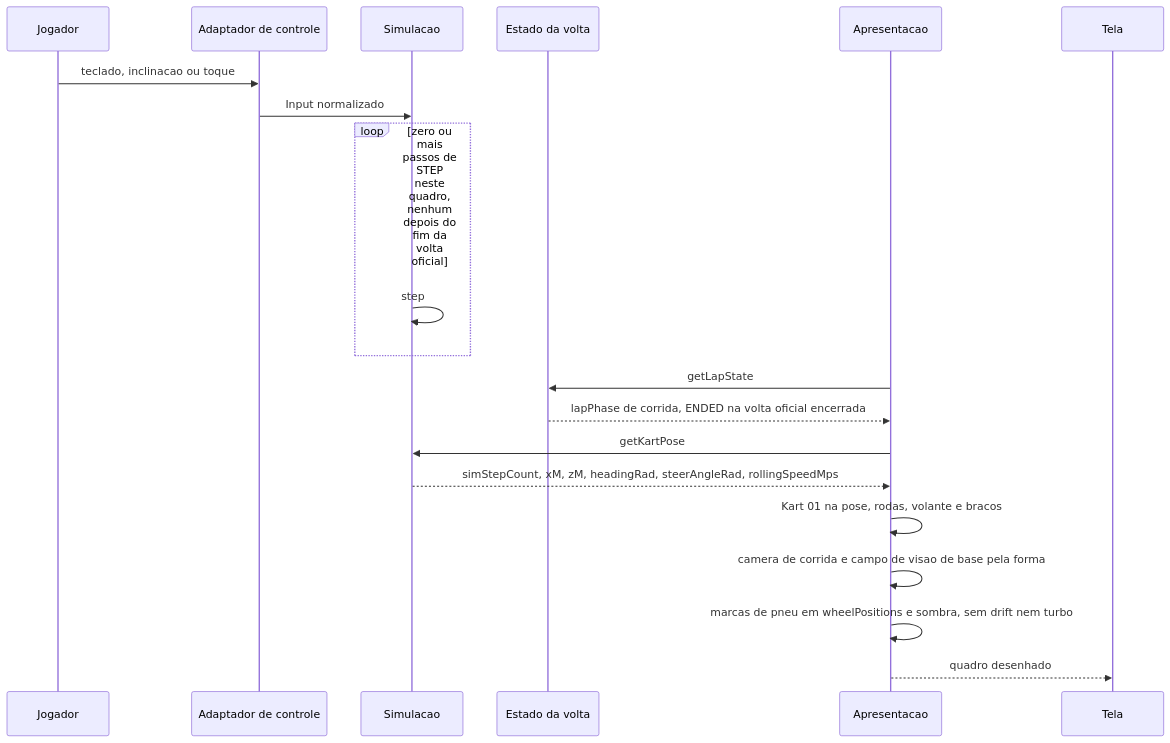
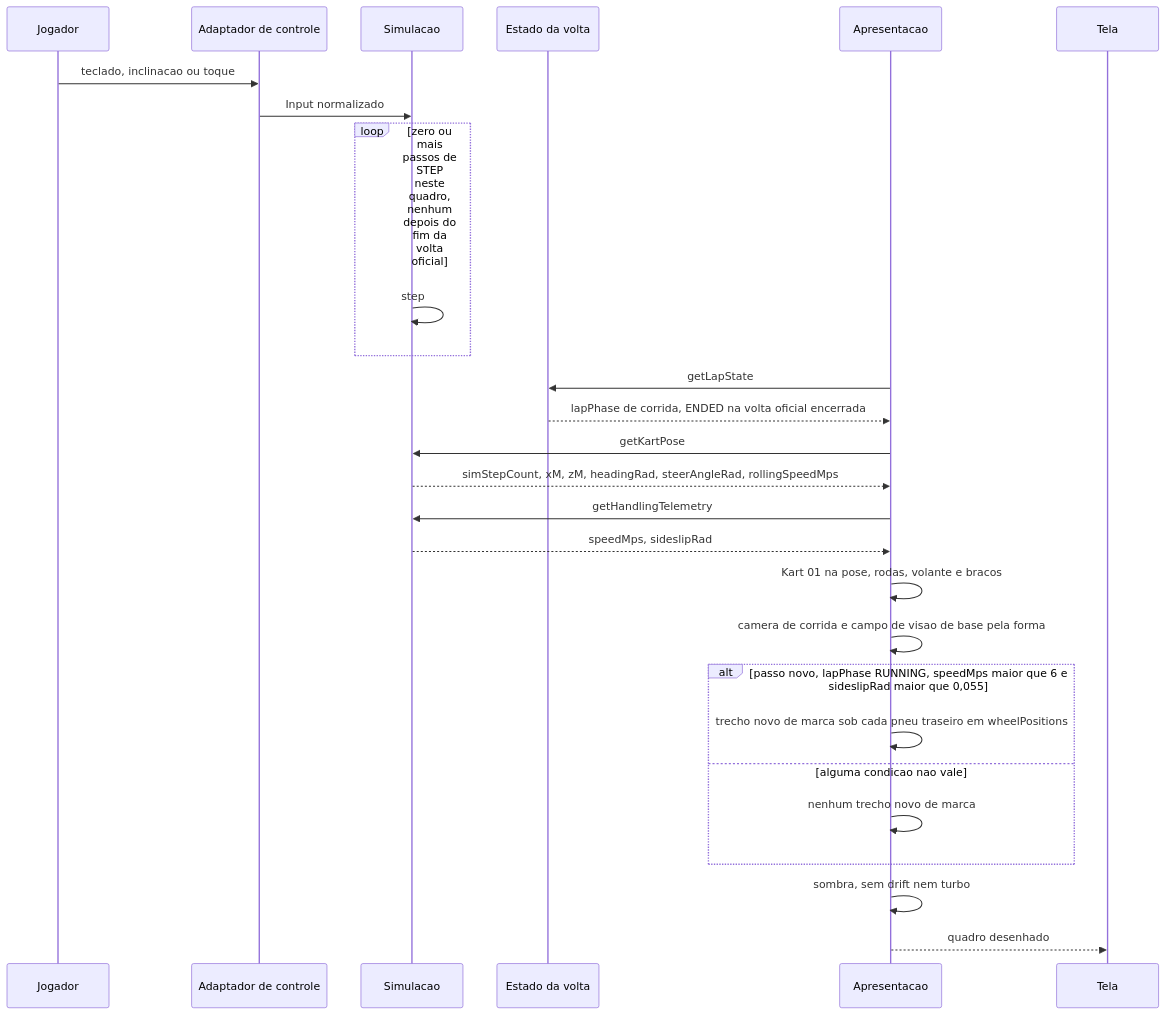
One commit to edumatosr6-svg/kartle-staging changed the diagram in 300 Specs/320 F-Specs/Output/modelo-kart-01/flows/FLOW-0001-quadro-de-exibicao-em-corrida.md. Above: the diagram before and after it, drawn with Mermaid. The commit also changed other lines of this file and 10 other files, not shown here.

Commit message:
modelo-kart-01: F-Spec revalidado (condição das marcas de pneu lida da telemetria)

````diff
--- a/300 Specs/320 F-Specs/Output/modelo-kart-01/flows/FLOW-0001-quadro-de-exibicao-em-corrida.md
+++ b/300 Specs/320 F-Specs/Output/modelo-kart-01/flows/FLOW-0001-quadro-de-exibicao-em-corrida.md
@@ -30,22 +32,29 @@
 ```mermaid
 sequenceDiagram
     participant J as Jogador
     participant C as Adaptador de controle
     participant S as Simulacao
     participant V as Estado da volta
     participant A as Apresentacao
     participant T as Tela
     J->>C: teclado, inclinacao ou toque
     C->>S: Input normalizado
     loop zero ou mais passos de STEP neste quadro, nenhum depois do fim da volta oficial
         S->>S: step
     end
     A->>V: getLapState
     V-->>A: lapPhase de corrida, ENDED na volta oficial encerrada
     A->>S: getKartPose
     S-->>A: simStepCount, xM, zM, headingRad, steerAngleRad, rollingSpeedMps
+    A->>S: getHandlingTelemetry
+    S-->>A: speedMps, sideslipRad
     A->>A: Kart 01 na pose, rodas, volante e bracos
     A->>A: camera de corrida e campo de visao de base pela forma
-    A->>A: marcas de pneu em wheelPositions e sombra, sem drift nem turbo
+    alt passo novo, lapPhase RUNNING, speedMps maior que 6 e sideslipRad maior que 0,055
+        A->>A: trecho novo de marca sob cada pneu traseiro em wheelPositions
+    else alguma condicao nao vale
+        A->>A: nenhum trecho novo de marca
+    end
+    A->>A: sombra, sem drift nem turbo
     A-->>T: quadro desenhado
 ```
````
